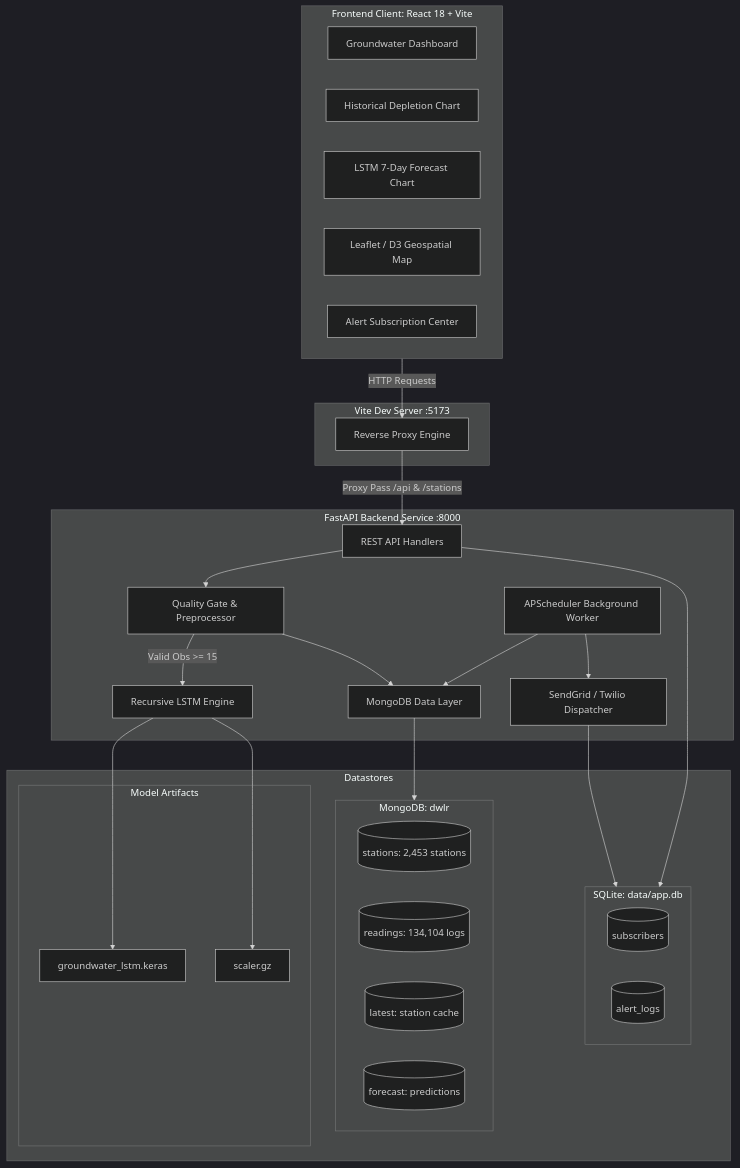
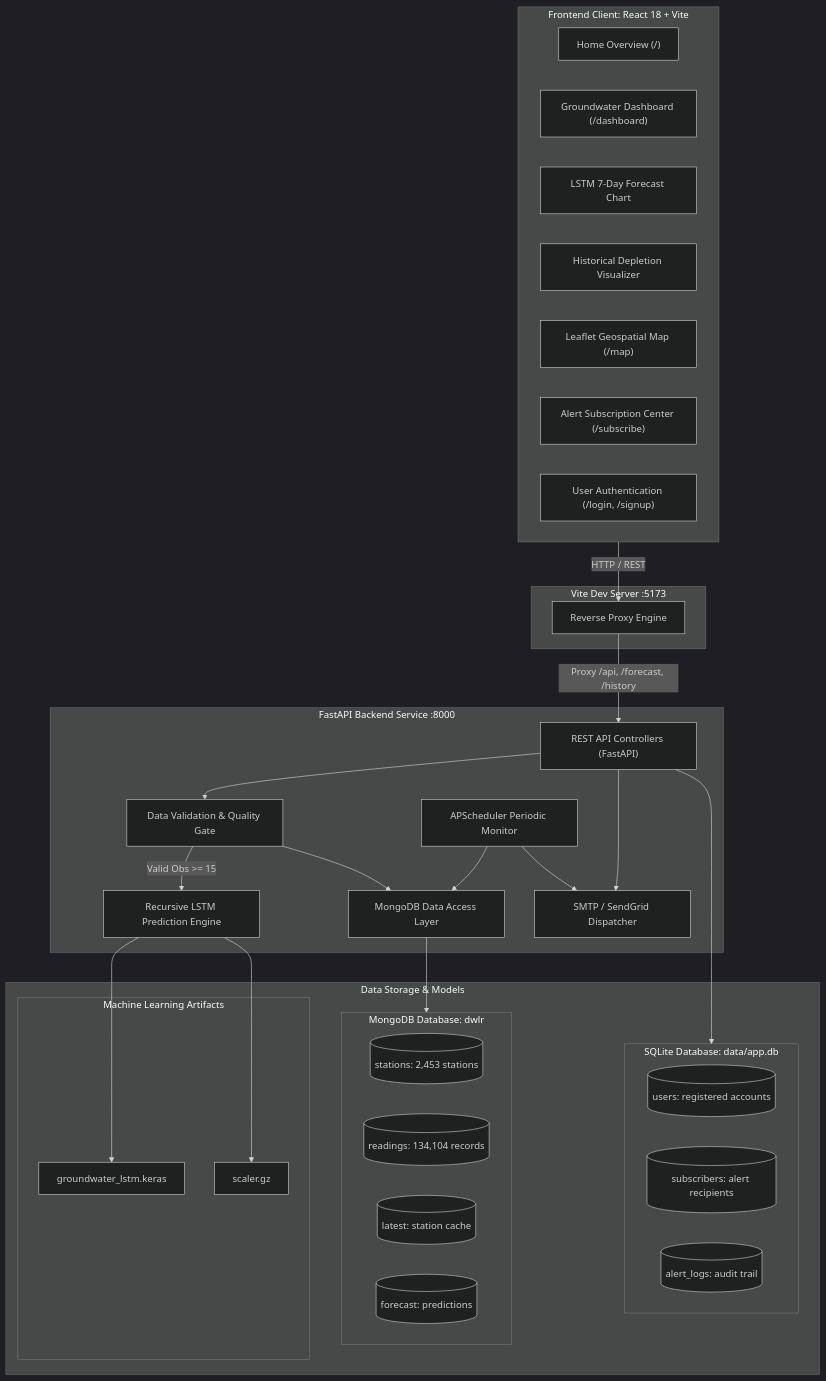
Before and after one commit to shita888/Real-time-ground-water-evaluation-using-DWLR: the diagram in README.md, drawn with Mermaid (dark theme). The commit also changed other lines of this file, not shown here.

Commit message:
Update README.md with comprehensive JalDrishti documentation and architecture

````diff
--- a/README.md
+++ b/README.md
@@ -60,53 +61,56 @@
 ```mermaid
 graph TD
-    subgraph ClientBrowser [Frontend Client: React 18 + Vite]
-        UI_Dash[Groundwater Dashboard]
-        UI_Hist[Historical Depletion Chart]
-        UI_Fore[LSTM 7-Day Forecast Chart]
-        UI_Map[Leaflet / D3 Geospatial Map]
-        UI_Sub[Alert Subscription Center]
+    subgraph ClientBrowser ["Frontend Client: React 18 + Vite"]
+        UI_Home["Home Overview (/)"]
+        UI_Dash["Groundwater Dashboard (/dashboard)"]
+        UI_Fore["LSTM 7-Day Forecast Chart"]
+        UI_Hist["Historical Depletion Visualizer"]
+        UI_Map["Leaflet Geospatial Map (/map)"]
+        UI_Sub["Alert Subscription Center (/subscribe)"]
+        UI_Auth["User Authentication (/login, /signup)"]
     end
 
-    subgraph ViteServer [Vite Dev Server :5173]
-        Proxy[Reverse Proxy Engine]
+    subgraph ViteServer ["Vite Dev Server :5173"]
+        Proxy["Reverse Proxy Engine"]
     end
 
-    subgraph BackendCore [FastAPI Backend Service :8000]
-        API_Router[REST API Handlers]
-        PreprocessService[Quality Gate & Preprocessor]
-        ForecastService[Recursive LSTM Engine]
-        DBService[MongoDB Data Layer]
-        Scheduler[APScheduler Background Worker]
-        NotificationService[SendGrid / Twilio Dispatcher]
+    subgraph BackendCore ["FastAPI Backend Service :8000"]
+        API_Router["REST API Controllers (FastAPI)"]
+        PreprocessService["Data Validation & Quality Gate"]
+        ForecastService["Recursive LSTM Prediction Engine"]
+        DBService["MongoDB Data Access Layer"]
+        EmailService["SMTP / SendGrid Dispatcher"]
+        SchedulerWorker["APScheduler Periodic Monitor"]
     end
 
-    subgraph StorageLayer [Datastores]
-        subgraph MongoDB [MongoDB: dwlr]
-            Col_Stations[(stations: 2,453 stations)]
-            Col_Readings[(readings: 134,104 logs)]
-            Col_Latest[(latest: station cache)]
-            Col_Forecast[(forecast: predictions)]
+    subgraph StorageLayer ["Data Storage & Models"]
+        subgraph MongoDB ["MongoDB Database: dwlr"]
+            Col_Stations[("stations: 2,453 stations")]
+            Col_Readings[("readings: 134,104 records")]
+            Col_Latest[("latest: station cache")]
+            Col_Forecast[("forecast: predictions")]
         end
-        subgraph SQLite [SQLite: data/app.db]
-            Table_Subscribers[(subscribers)]
-            Table_AlertLogs[(alert_logs)]
+        subgraph SQLite ["SQLite Database: data/app.db"]
+            Table_Users[("users: registered accounts")]
+            Table_Subscribers[("subscribers: alert recipients")]
+            Table_AlertLogs[("alert_logs: audit trail")]
         end
-        subgraph MLStore [Model Artifacts]
-            LSTM_Model[groundwater_lstm.keras]
-            Scaler_Artifact[scaler.gz]
+        subgraph MLStore ["Machine Learning Artifacts"]
+            LSTM_Model["groundwater_lstm.keras"]
+            Scaler_Artifact["scaler.gz"]
         end
     end
 
-    ClientBrowser -->|HTTP Requests| Proxy
-    Proxy -->|Proxy Pass /api & /stations| API_Router
+    ClientBrowser -->|HTTP / REST| Proxy
+    Proxy -->|Proxy /api, /forecast, /history| API_Router
     API_Router --> PreprocessService
     PreprocessService -->|Valid Obs >= 15| ForecastService
     ForecastService --> LSTM_Model
     ForecastService --> Scaler_Artifact
     PreprocessService --> DBService
     DBService --> MongoDB
     API_Router --> SQLite
-    Scheduler --> DBService
-    Scheduler --> NotificationService
-    NotificationService --> SQLite
+    API_Router --> EmailService
+    SchedulerWorker --> DBService
+    SchedulerWorker --> EmailService
 ```
````
